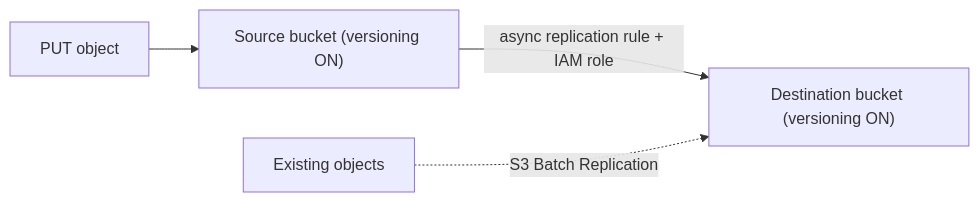
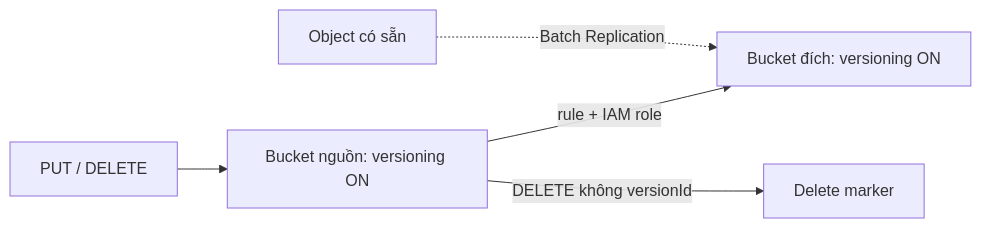
The diagram in src/assets/knowledge/playbooks/aws/s3-versioning-replication.md (passion-Infinity/personal-tech-playbook), drawn with Mermaid before and after one commit. The commit also changed other lines of this file and 9 other files, not shown here.

First line of the commit message:
Deep-dive rewrite: IAM, S3 security/versioning/storage/performance, EC2 pricing; validator accepts 300-1100 words and flags missing diagrams

````diff
--- a/src/assets/knowledge/playbooks/aws/s3-versioning-replication.md
+++ b/src/assets/knowledge/playbooks/aws/s3-versioning-replication.md
@@ -19,6 +31,7 @@
 ```mermaid
 flowchart LR
-    W[PUT object] --> SRC["Source bucket (versioning ON)"]
-    SRC -->|async replication rule + IAM role| DST["Destination bucket (versioning ON)"]
-    OLD[Existing objects] -.->|S3 Batch Replication| DST
+    W[PUT / DELETE] --> SRC["Bucket nguồn: versioning ON"]
+    SRC -->|"rule + IAM role"| DST["Bucket đích: versioning ON"]
+    OLD[Object có sẵn] -.->|Batch Replication| DST
+    SRC -->|"DELETE không versionId"| DM[Delete marker]
 ```
````
